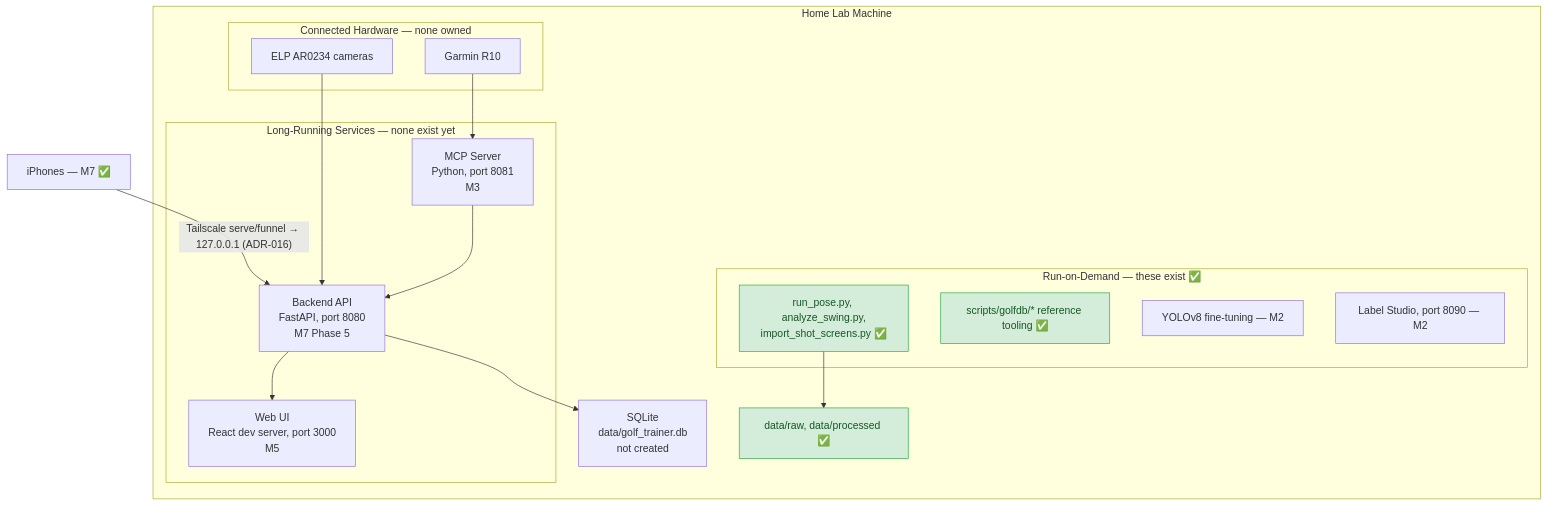
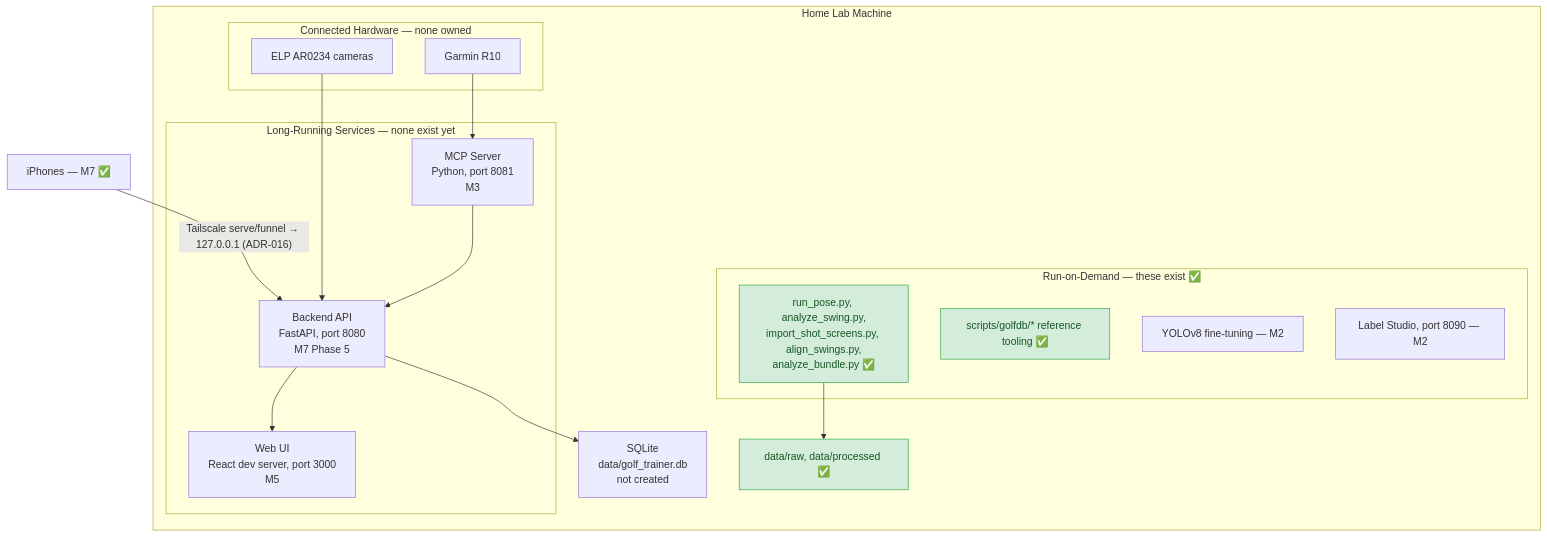
The fourth of 5 diagrams in docs/FLOW.md (MildTreeRat/golf-coach), drawn with Mermaid before and after one commit. The commit also changed other lines of this file and 22 other files, not shown here.

````diff
--- a/docs/FLOW.md
+++ b/docs/FLOW.md
@@ -214,33 +220,33 @@
 ```mermaid
 graph TB
     subgraph HomeLab ["Home Lab Machine"]
         subgraph Services ["Long-Running Services — none exist yet"]
             MCP_SRV["MCP Server<br/>Python, port 8081<br/>M3"]
             API["Backend API<br/>FastAPI, port 8080<br/>M7 Phase 5"]
             WEB["Web UI<br/>React dev server, port 3000<br/>M5"]
         end
         subgraph Scripts ["Run-on-Demand — these exist ✅"]
-            CLIS["run_pose.py, analyze_swing.py,<br/>import_shot_screens.py ✅"]
+            CLIS["run_pose.py, analyze_swing.py,<br/>import_shot_screens.py, align_swings.py,<br/>analyze_bundle.py ✅"]
             RESEARCH["scripts/golfdb/* reference tooling ✅"]
             TRAIN["YOLOv8 fine-tuning — M2"]
             LABEL["Label Studio, port 8090 — M2"]
         end
         subgraph HW ["Connected Hardware — none owned"]
             CAM_HW["ELP AR0234 cameras"]
             LM_HW2["Garmin R10"]
         end
         DB_FILE["SQLite<br/>data/golf_trainer.db<br/>not created"]
         FILES["data/raw, data/processed ✅"]
     end
 
     PHONE["iPhones — M7 ✅"] -->|"Tailscale serve/funnel → 127.0.0.1 (ADR-016)"| API
     CAM_HW --> API
     LM_HW2 --> MCP_SRV
     MCP_SRV --> API
     API --> DB_FILE
     API --> WEB
     CLIS --> FILES
 
     classDef built fill:#d4edda,stroke:#28a745,color:#155724;
     class CLIS,RESEARCH,FILES built;
 ```
````
